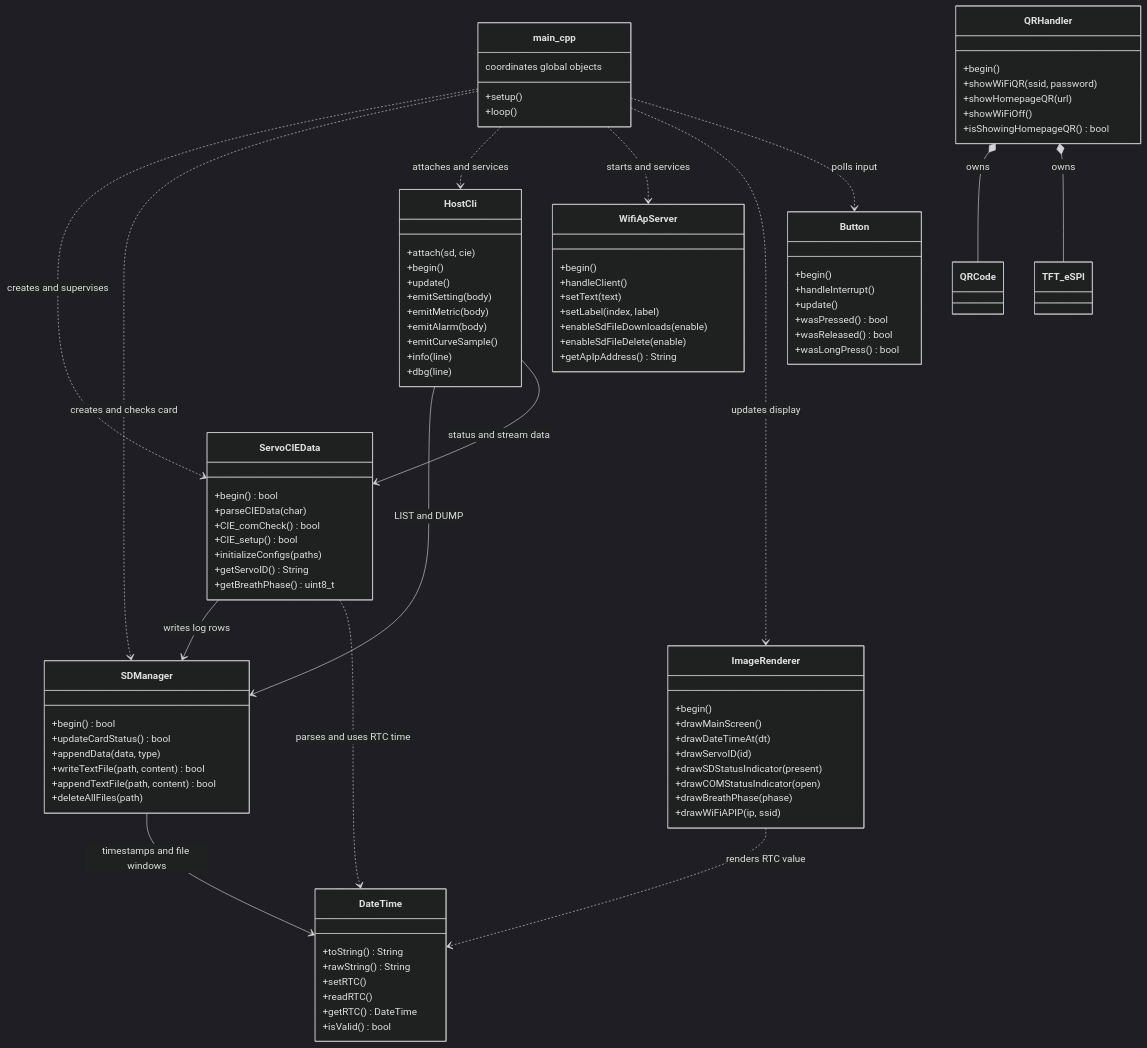
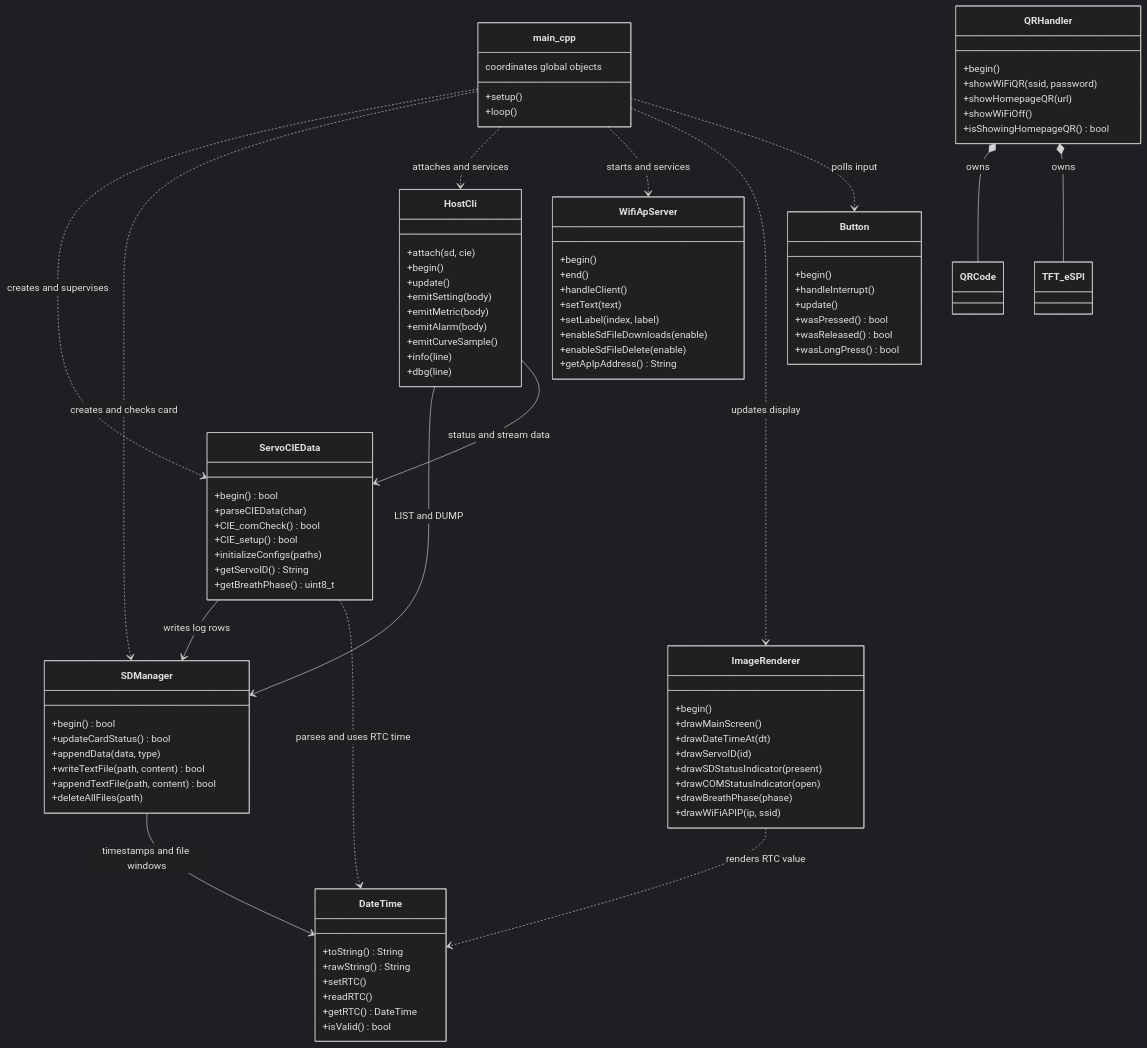
One commit to Teknosofen/LundaLoggern changed the diagram in Documentation/DesignSummary.md. Above: the diagram before and after it, drawn with Mermaid (dark theme). The commit also changed other lines of this file and 11 other files, not shown here.

```diff
--- a/Documentation/DesignSummary.md
+++ b/Documentation/DesignSummary.md
@@ -107,6 +107,7 @@
     }
     class WifiApServer {
         +begin()
+        +end()
         +handleClient()
         +setText(text)
         +setLabel(index, label)
```
